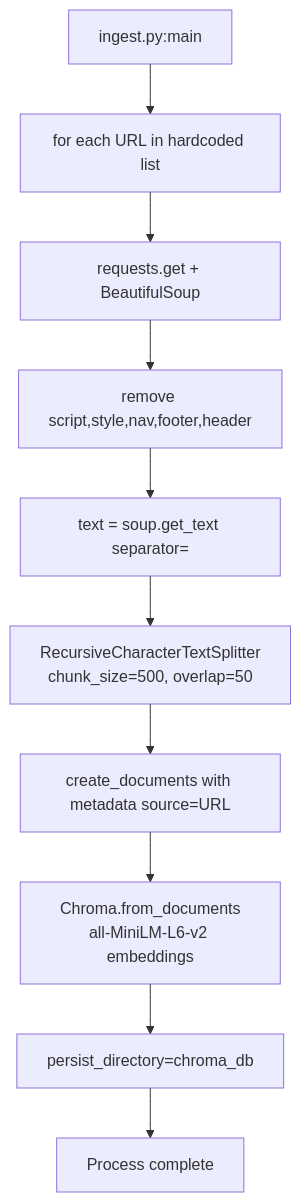
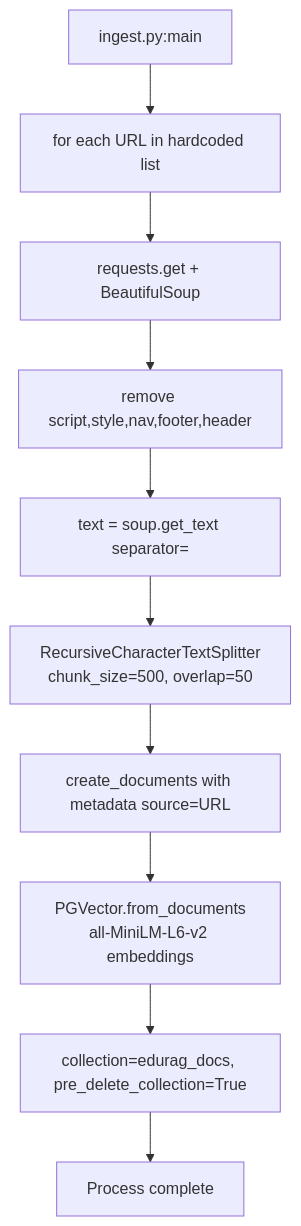
The third of 4 diagrams in docs/ARCHITECTURE.md (cleven12/edurag), drawn with Mermaid before and after one commit. The commit also changed other lines of this file and 20 other files, not shown here.

````diff
--- a/docs/ARCHITECTURE.md
+++ b/docs/ARCHITECTURE.md
@@ -126,12 +133,12 @@
 ```mermaid
 flowchart TD
     A[ingest.py:main] --> B[for each URL in hardcoded list]
     B --> C[requests.get + BeautifulSoup]
     C --> D[remove script,style,nav,footer,header]
     D --> E[text = soup.get_text separator=\n]
     E --> F[RecursiveCharacterTextSplitter<br/>chunk_size=500, overlap=50]
     F --> G[create_documents with metadata source=URL]
-    G --> H[Chroma.from_documents<br/>all-MiniLM-L6-v2 embeddings]
-    H --> I[persist_directory=chroma_db]
+    G --> H[PGVector.from_documents<br/>all-MiniLM-L6-v2 embeddings]
+    H --> I[collection=edurag_docs, pre_delete_collection=True]
     I --> J[Process complete]
 ```
````
